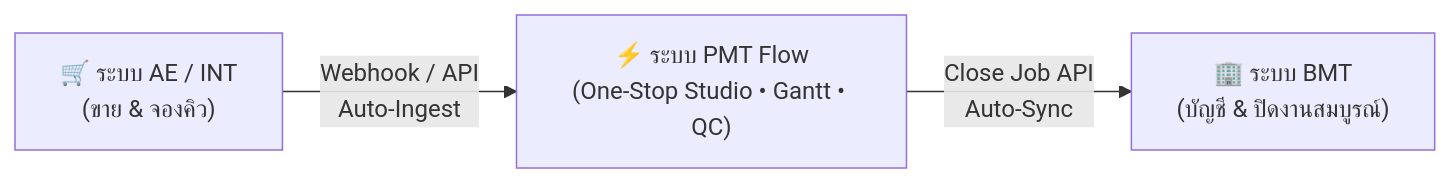
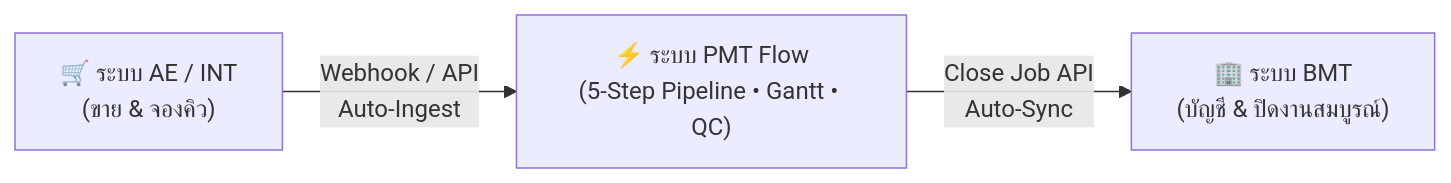
The first of 2 diagrams in doc/PMT_Flow_User_Training_Manual.md (isarachootip/pmt_flow), drawn with Mermaid before and after one commit. The commit also changed other lines of this file and 4 other files, not shown here.

Commit message:
feat(pipeline): reorganize workflow into 5-Step Pipeline and Central Repositories (v1.6.3)

````diff
--- a/doc/PMT_Flow_User_Training_Manual.md
+++ b/doc/PMT_Flow_User_Training_Manual.md
@@ -26,5 +29,5 @@
 ```mermaid
 flowchart LR
-    A["🛒 ระบบ AE / INT<br/>(ขาย & จองคิว)"] -->|"Webhook / API<br/>Auto-Ingest"| B["⚡ ระบบ PMT Flow<br/>(One-Stop Studio • Gantt • QC)"]
+    A["🛒 ระบบ AE / INT<br/>(ขาย & จองคิว)"] -->|"Webhook / API<br/>Auto-Ingest"| B["⚡ ระบบ PMT Flow<br/>(5-Step Pipeline • Gantt • QC)"]
     B -->|"Close Job API<br/>Auto-Sync"| C["🏢 ระบบ BMT<br/>(บัญชี & ปิดงานสมบูรณ์)"]
 ```
````
